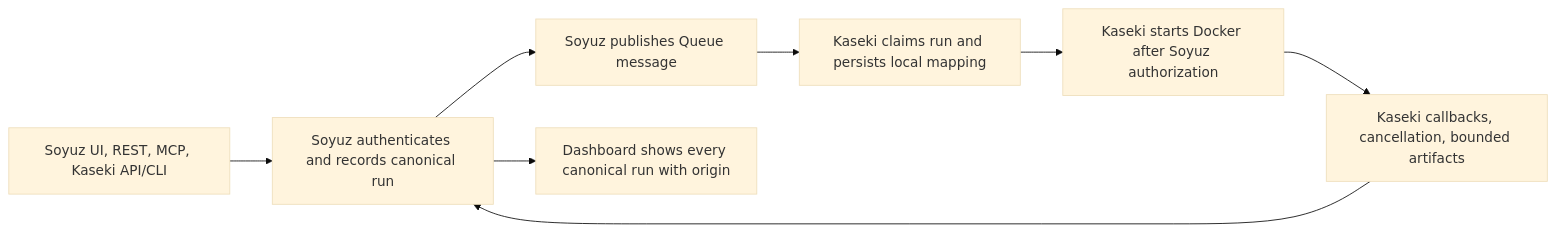
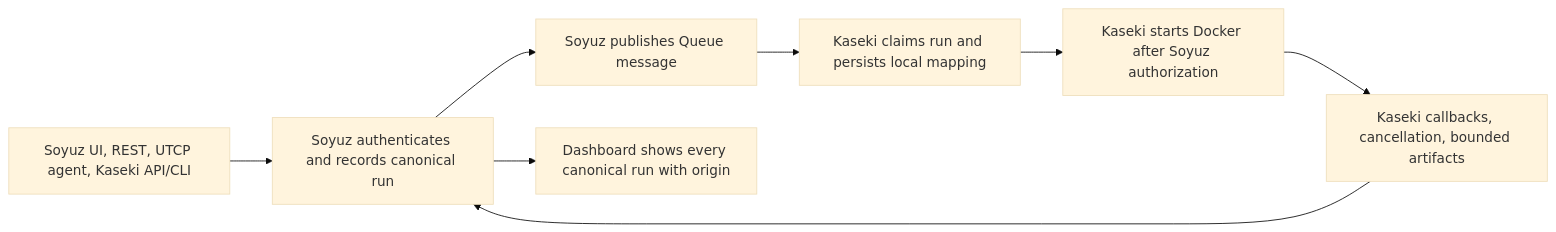
Before and after one commit to CyanAutomation/soyuz: the diagram in docs/UNIFIED-RUN-CONTROL-PLAN.md, drawn with Mermaid (base theme). The commit also changed 30 other files, not shown here.

Commit message:
Replace MCP with UTCP agent interface

````diff
--- a/docs/UNIFIED-RUN-CONTROL-PLAN.md
+++ b/docs/UNIFIED-RUN-CONTROL-PLAN.md
@@ -42,10 +42,10 @@
 ```mermaid
 flowchart LR
-  A["Soyuz UI, REST, MCP, Kaseki API/CLI"] --> B["Soyuz authenticates and records canonical run"]
+  A["Soyuz UI, REST, UTCP agent, Kaseki API/CLI"] --> B["Soyuz authenticates and records canonical run"]
   B --> C["Soyuz publishes Queue message"]
   C --> D["Kaseki claims run and persists local mapping"]
   D --> E["Kaseki starts Docker after Soyuz authorization"]
   E --> F["Kaseki callbacks, cancellation, bounded artifacts"]
   F --> B
   B --> G["Dashboard shows every canonical run with origin"]
 ```
````
